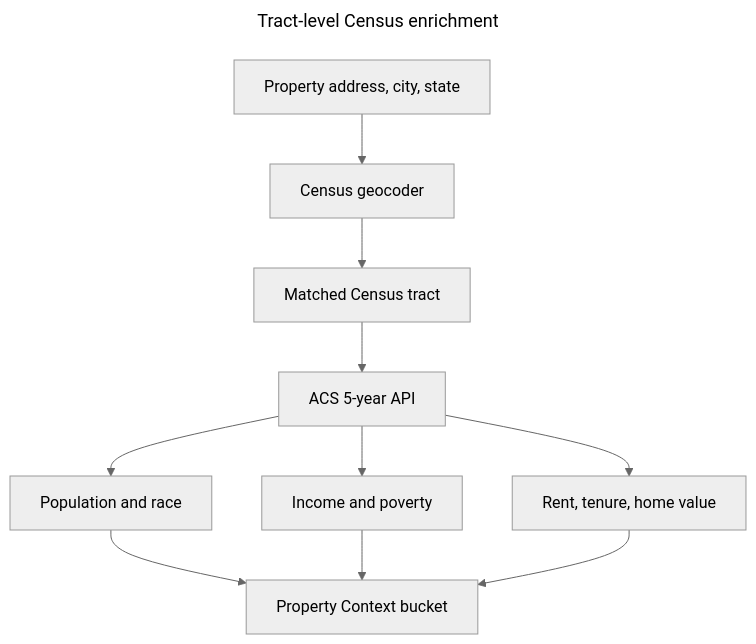
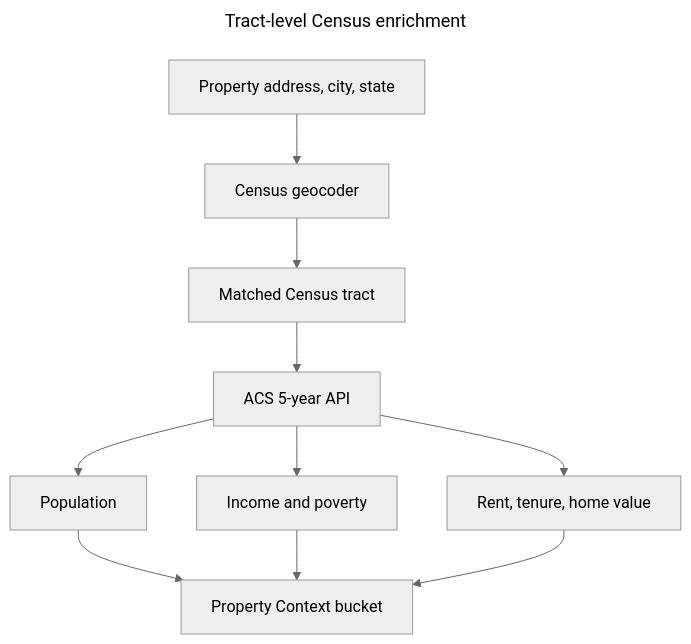
One commit to Kohralle/Property-Management-Lead-Enricher changed the fourth of 6 diagrams in README.md. Above: the diagram before and after it, drawn with Mermaid (neutral theme). The commit also changed 1 other file, not shown here.

Commit message:
Remove Demographics tile, balance property context grid, update diagram

````diff
--- a/README.md
+++ b/README.md
@@ -90,15 +90,15 @@
 ```mermaid
 ---
 title: Tract-level Census enrichment
 ---
 flowchart TD
     A[Property address, city, state] --> B[Census geocoder]
     B --> C[Matched Census tract]
     C --> D[ACS 5-year API]
-    D --> E[Population and race]
+    D --> E[Population]
     D --> F[Income and poverty]
     D --> G[Rent, tenure, home value]
     E --> H[Property Context bucket]
     F --> H
     G --> H
 ```
````
